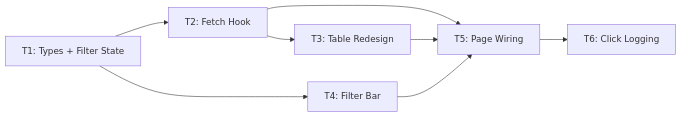
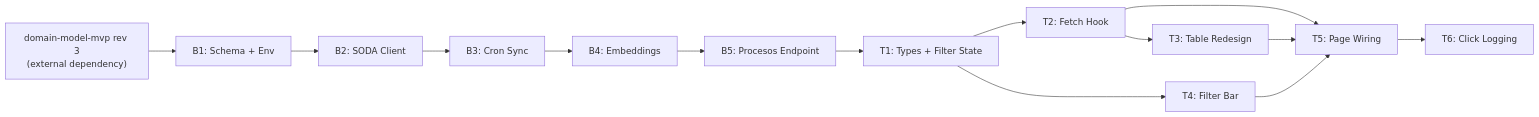
Before and after one commit to agentezai/coltratos: the second of 2 diagrams in docs/procesos-listing/feat/00-overview.md, drawn with Mermaid. The commit also changed other lines of this file and 15 other files, not shown here.

First line of the commit message:
docs(procesos-listing+ingesta-secop): merge ingesta into procesos rev 3

````diff
--- a/docs/procesos-listing/feat/00-overview.md
+++ b/docs/procesos-listing/feat/00-overview.md
@@ -52,17 +62,29 @@
 ```mermaid
 flowchart LR
+    DM["domain-model-mvp rev 3\n(external dependency)"]
+    B1["B1: Schema + Env"]
+    B2["B2: SODA Client"]
+    B3["B3: Cron Sync"]
+    B4["B4: Embeddings"]
+    B5["B5: Procesos Endpoint"]
     T1["T1: Types + Filter State"]
     T2["T2: Fetch Hook"]
     T3["T3: Table Redesign"]
     T4["T4: Filter Bar"]
     T5["T5: Page Wiring"]
     T6["T6: Click Logging"]
 
+    DM --> B1
+    B1 --> B2
+    B2 --> B3
+    B3 --> B4
+    B4 --> B5
+    B5 --> T1
     T1 --> T2
     T1 --> T4
     T2 --> T3
     T2 --> T5
     T3 --> T5
     T4 --> T5
     T5 --> T6
 ```
````
